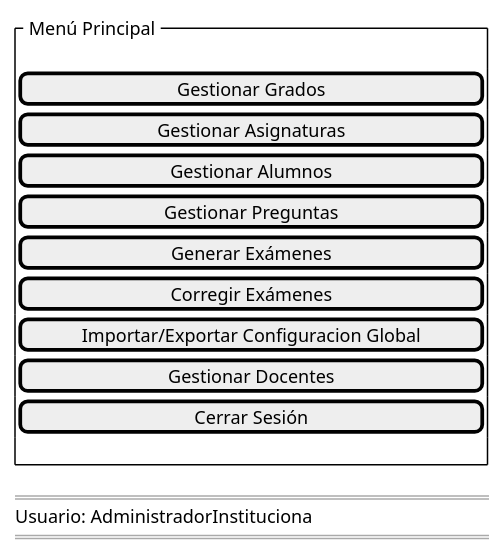
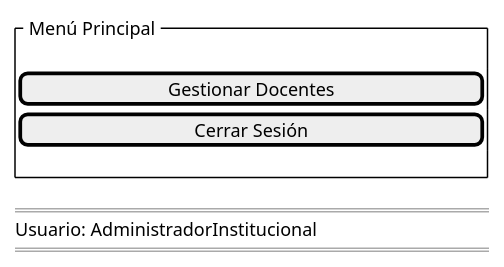
One commit to martinlopez7/25-26-IdSw1-SdR changed the diagram in documents/casos-de-uso/prototipadoCasosDeUso/completarGestion/completarGestionAdministradorInsitucional.puml. Above: the diagram before and after it, drawn with PlantUML. The commit also changed 3 other files, not shown here.

```diff
--- a/documents/casos-de-uso/prototipadoCasosDeUso/completarGestion/completarGestionAdministradorInsitucional.puml
+++ b/documents/casos-de-uso/prototipadoCasosDeUso/completarGestion/completarGestionAdministradorInsitucional.puml
@@ -1,20 +1,13 @@
 @startsalt
 {
     {^" Menú Principal "
         .
-        [Gestionar Grados                      ]
-        [Gestionar Asignaturas                 ]
-        [Gestionar Alumnos                     ]
-        [Gestionar Preguntas                   ]
-        [Generar Exámenes                      ]
-        [Corregir Exámenes                     ]
-        [Importar/Exportar Configuracion Global]
         [Gestionar Docentes                    ]
         [Cerrar Sesión                         ]
         .
     }
     ====
-    Usuario: AdministradorInstituciona
+    Usuario: AdministradorInstitucional
     ====
 }
 @endsalt
```
